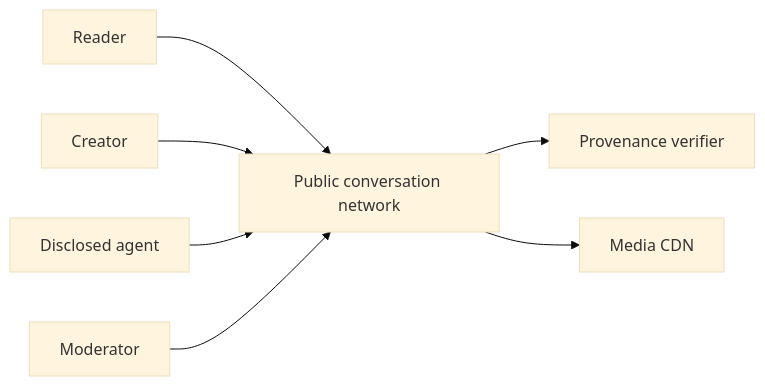
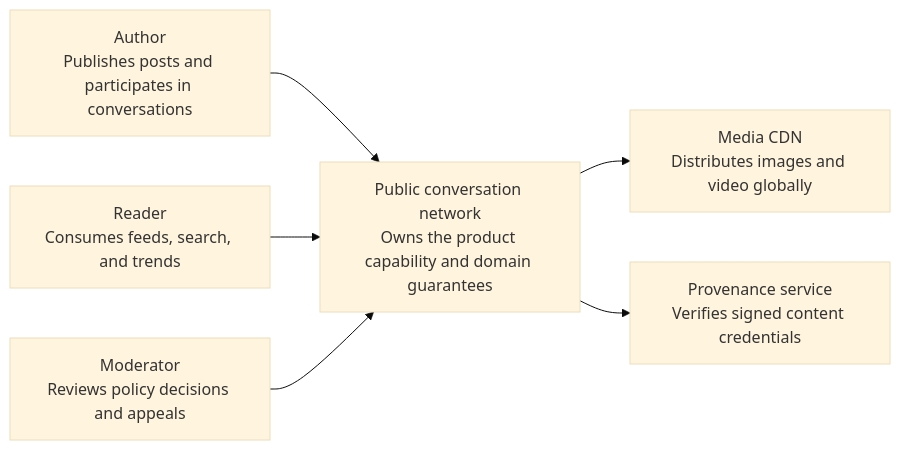
Before and after one commit to navaidya/learning: the first of 5 diagrams in content/system-design/05-ai-native-public-conversation-network.md, drawn with Mermaid (base theme). The commit also changed other lines of this file and 49 other files, not shown here.

Commit message:
content: complete system design deployment library

````diff
--- a/content/system-design/05-ai-native-public-conversation-network.md
+++ b/content/system-design/05-ai-native-public-conversation-network.md
@@ -34,11 +53,11 @@
 ```mermaid
 flowchart LR
   accTitle: Public conversation network system context
-  accDescr: Readers, creators, agents, and moderators use a public network connected to provenance verification and media delivery.
-  Reader --> Network[Public conversation network]
-  Creator --> Network
-  Agent[Disclosed agent] --> Network
-  Moderator --> Network
-  Network --> C2PA[Provenance verifier]
-  Network --> CDN[Media CDN]
+  accDescr: Human and system actors use Public conversation network, which integrates with explicitly bounded external capabilities.
+  A1["Author<br/>Publishes posts and participates in conversations"] --> System
+  A2["Reader<br/>Consumes feeds, search, and trends"] --> System
+  A3["Moderator<br/>Reviews policy decisions and appeals"] --> System
+  System["Public conversation network<br/>Owns the product capability and domain guarantees"]
+  System --> E1["Media CDN<br/>Distributes images and video globally"]
+  System --> E2["Provenance service<br/>Verifies signed content credentials"]
 ```
````
